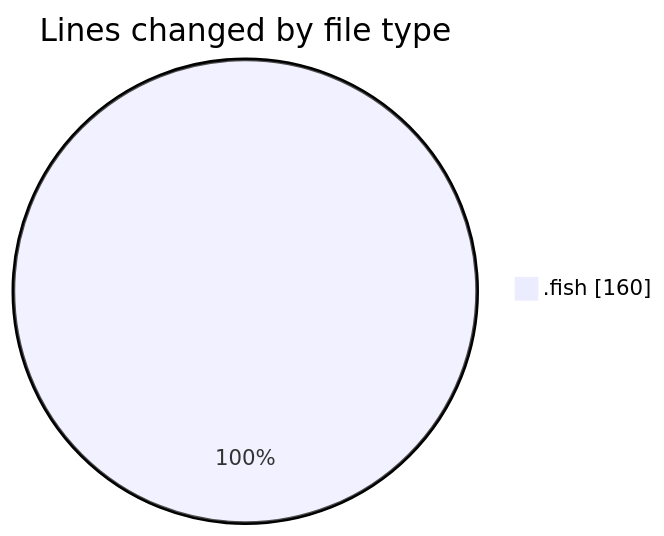
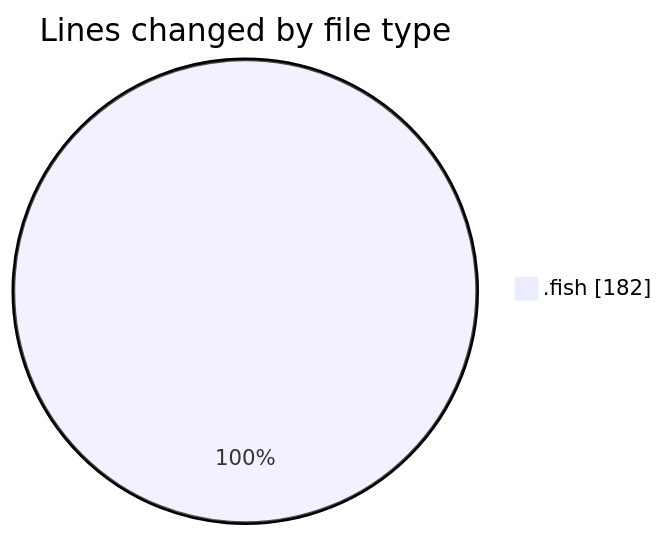
One commit to EIIisD/code-tracking changed the first of 2 diagrams in 2025-07-10/_config/README.md. Above: the diagram before and after it, drawn with Mermaid. The commit also changed other lines of this file and 1 other file, not shown here.

````diff
--- a/2025-07-10/_config/README.md
+++ b/2025-07-10/_config/README.md
@@ -20,5 +20,5 @@
 ```mermaid
 pie showData
 title Lines changed by file type
-".fish" : 160
+".fish" : 182
 ```
````
